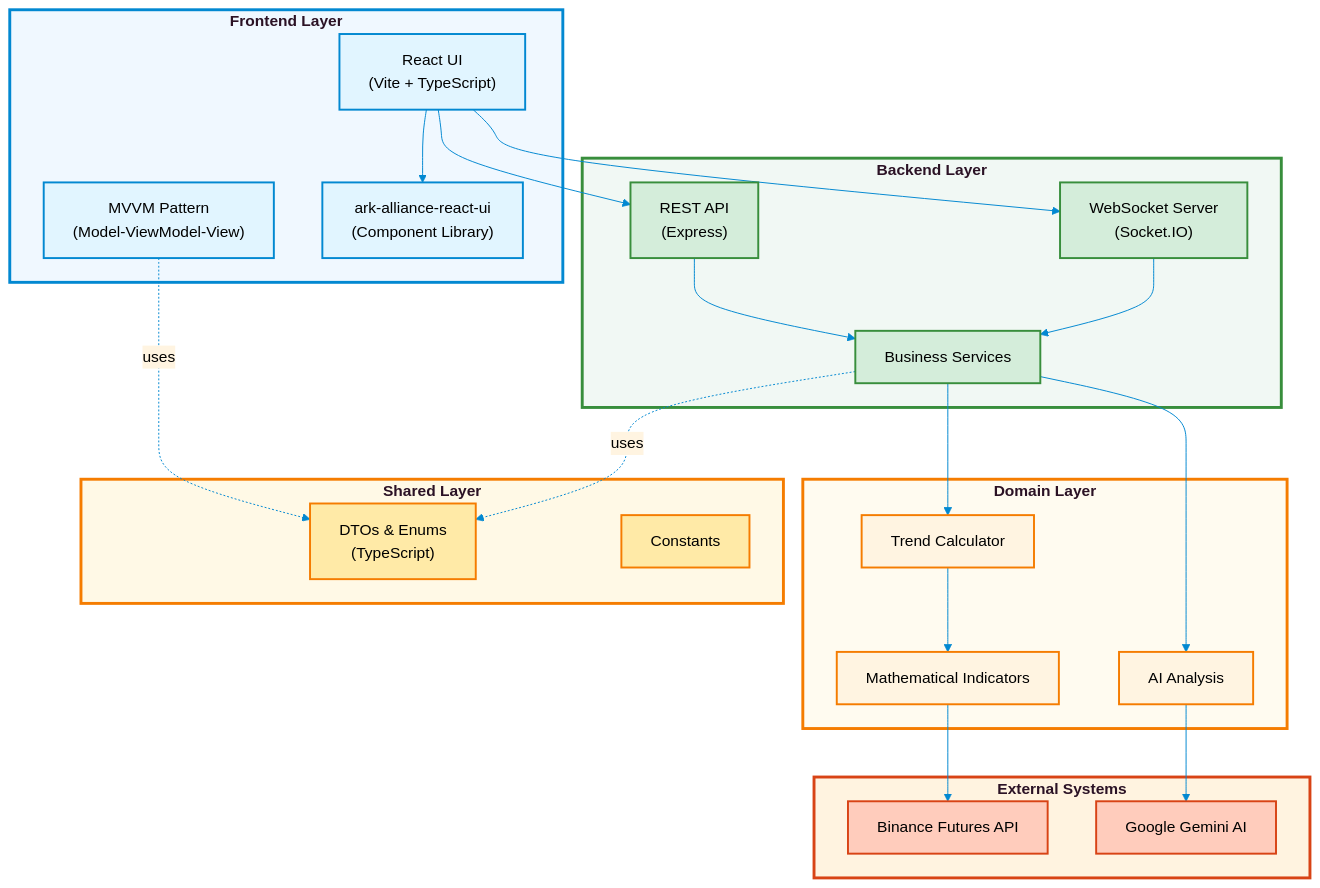
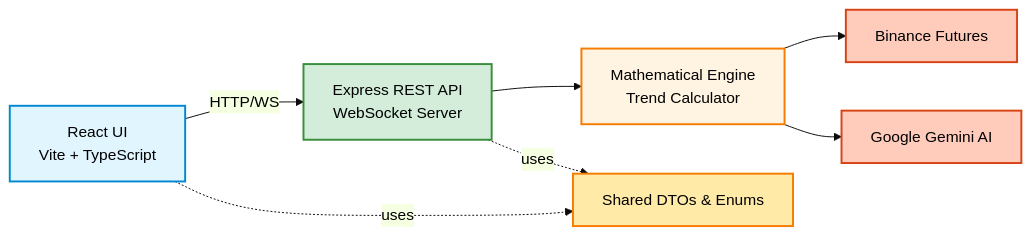
Before and after one commit to M2H-Machine-to-Human-Race/Ark.Alliance.Trading.TrendsCalculator: the diagram in README.md, drawn with Mermaid. The commit also changed other lines of this file, not shown here.

````diff
--- a/README.md
+++ b/README.md
@@ -55,63 +39,24 @@
 ```mermaid
-%%{init: {'theme':'base', 'themeVariables': { 'primaryColor':'#e1f5ff','primaryTextColor':'#000','primaryBorderColor':'#0288d1','lineColor':'#0288d1','secondaryColor':'#fff4e1','tertiaryColor':'#d4edda','noteBkgColor':'#fff9c4','noteTextColor':'#000'}}}%%
-graph TB
-    subgraph Frontend["<b>Frontend Layer</b>"]
-        UI["React UI\n(Vite + TypeScript)"]
-        MVVM["MVVM Pattern\n(Model-ViewModel-View)"]
-        UILib["ark-alliance-react-ui\n(Component Library)"]
-    end
+%%{init: {'theme':'base', 'themeVariables': { 'primaryColor':'#e1f5ff','primaryTextColor':'#000','primaryBorderColor':'#0288d1'}}}%%
+graph LR
+    UI[React UI<br/>Vite + TypeScript]
+    API[Express REST API<br/>WebSocket Server]
+    Domain[Mathematical Engine<br/>Trend Calculator]
+    Ext1[Binance Futures]
+    Ext2[Google Gemini AI]
+    Share[Shared DTOs & Enums]
     
-    subgraph Backend["<b>Backend Layer</b>"]
-        REST["REST API\n(Express)"]
-        WS["WebSocket Server\n(Socket.IO)"]
-        Services["Business Services"]
-    end
+    UI -->|HTTP/WS| API
+    API --> Domain
+    Domain --> Ext1
+    Domain --> Ext2
+    UI -.uses.-> Share
+    API -.uses.-> Share
     
-    subgraph Domain["<b>Domain Layer</b>"]
-        TrendEngine["Trend Calculator"]
-        MathEngine["Mathematical Indicators"]
-        AIService["AI Analysis"]
-    end
-    
-    subgraph Share["<b>Shared Layer</b>"]
-        DTOs["DTOs & Enums\n(TypeScript)"]
-        Constants["Constants"]
-    end
-    
-    subgraph External["<b>External Systems</b>"]
-        Binance["Binance Futures API"]
-        Gemini["Google Gemini AI"]
-    end
-    
-    UI --> REST
-    UI --> WS
-    UI --> UILib
-    MVVM -.uses.-> DTOs
-    REST --> Services
-    WS --> Services
-    Services --> TrendEngine
-    Services --> AIService
-    TrendEngine --> MathEngine
-    MathEngine --> Binance
-    AIService --> Gemini
-    Services -.uses.-> DTOs
-    
-    style UI fill:#e1f5ff,stroke:#0288d1,stroke-width:2px,color:#000
-    style MVVM fill:#e1f5ff,stroke:#0288d1,stroke-width:2px,color:#000
-    style UILib fill:#e1f5ff,stroke:#0288d1,stroke-width:2px,color:#000
-    style REST fill:#d4edda,stroke:#388e3c,stroke-width:2px,color:#000
-    style WS fill:#d4edda,stroke:#388e3c,stroke-width:2px,color:#000
-    style Services fill:#d4edda,stroke:#388e3c,stroke-width:2px,color:#000
-    style TrendEngine fill:#fff4e1,stroke:#f57c00,stroke-width:2px,color:#000
-    style MathEngine fill:#fff4e1,stroke:#f57c00,stroke-width:2px,color:#000
-    style AIService fill:#fff4e1,stroke:#f57c00,stroke-width:2px,color:#000
-    style DTOs fill:#ffeaa7,stroke:#f57c00,stroke-width:2px,color:#000
-    style Constants fill:#ffeaa7,stroke:#f57c00,stroke-width:2px,color:#000
-    style Binance fill:#ffccbc,stroke:#d84315,stroke-width:2px,color:#000
-    style Gemini fill:#ffccbc,stroke:#d84315,stroke-width:2px,color:#000
-    style Frontend fill:#f0f8ff,stroke:#0288d1,stroke-width:3px
-    style Backend fill:#f1f8f4,stroke:#388e3c,stroke-width:3px
-    style Domain fill:#fffbf0,stroke:#f57c00,stroke-width:3px
-    style Share fill:#fff9e6,stroke:#f57c00,stroke-width:3px
-    style External fill:#fff3e0,stroke:#d84315,stroke-width:3px
+    style UI fill:#e1f5ff,stroke:#0288d1,stroke-width:2px
+    style API fill:#d4edda,stroke:#388e3c,stroke-width:2px
+   style Domain fill:#fff4e1,stroke:#f57c00,stroke-width:2px
+    style Share fill:#ffeaa7,stroke:#f57c00,stroke-width:2px
+    style Ext1 fill:#ffccbc,stroke:#d84315,stroke-width:2px
+    style Ext2 fill:#ffccbc,stroke:#d84315,stroke-width:2px
 ```
````
